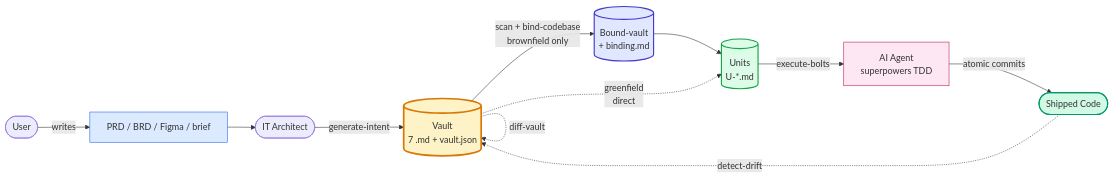
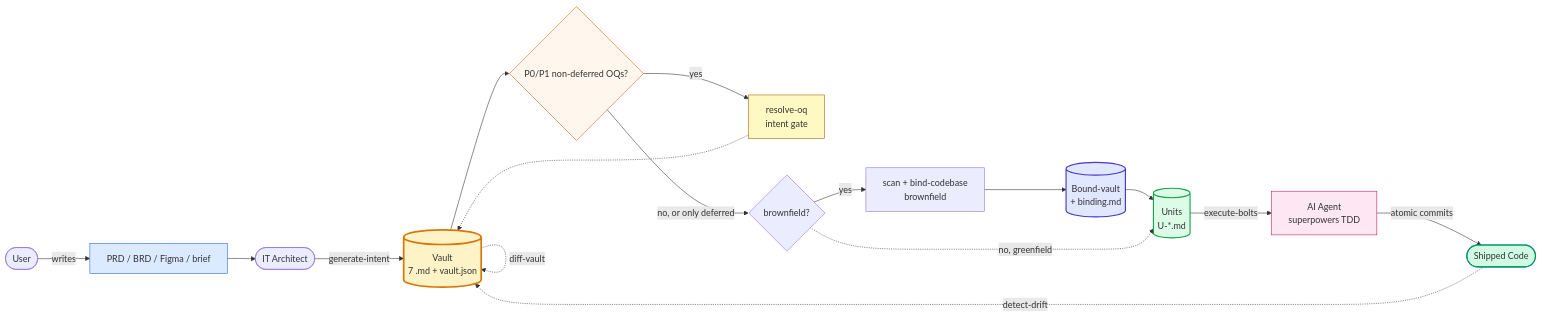
Before and after one commit to FarhanRiuzaki/Mega-SDD: the first of 2 diagrams in README.md, drawn with Mermaid. The commit also changed other lines of this file, not shown here.

````diff
--- a/README.md
+++ b/README.md
@@ -42,23 +42,30 @@
 ```mermaid
 flowchart LR
     User([User]) -->|writes| PRD[PRD / BRD / Figma / brief]
     PRD --> Arch([IT Architect])
     Arch -->|generate-intent| Vault[(Vault<br/>7 .md + vault.json)]
 
-    Vault -->|"scan + bind-codebase<br/>brownfield only"| BV[(Bound-vault<br/>+ binding.md)]
+    Vault --> OQGate{P0/P1 non-deferred OQs?}
+    OQGate -->|yes| RO[resolve-oq<br/>intent gate] -.-> Vault
+    OQGate -->|no, or only deferred| BG{brownfield?}
+
+    BG -->|yes| SB["scan + bind-codebase<br/>brownfield"]
+    SB --> BV[(Bound-vault<br/>+ binding.md)]
     BV --> Units[(Units<br/>U-*.md)]
-    Vault -.->|"greenfield<br/>direct"| Units
+    BG -.->|"no, greenfield"| Units
+
     Units -->|execute-bolts| AI[AI Agent<br/>superpowers TDD]
     AI -->|atomic commits| Code([Shipped Code])
 
-    Vault -.->|resolve-oq| Vault
     Vault -.->|diff-vault| Vault
     Code -.->|detect-drift| Vault
 
     style Vault fill:#fef3c7,stroke:#d97706,stroke-width:3px
     style BV fill:#e0e7ff,stroke:#4338ca,stroke-width:2px
     style Units fill:#dcfce7,stroke:#16a34a,stroke-width:2px
     style PRD fill:#dbeafe,stroke:#2563eb
     style Code fill:#d1fae5,stroke:#059669,stroke-width:2px
     style AI fill:#fce7f3,stroke:#be185d
+    style RO fill:#fef9c3,stroke:#a16207
+    style OQGate fill:#fff7ed,stroke:#ea580c
 ```
````
